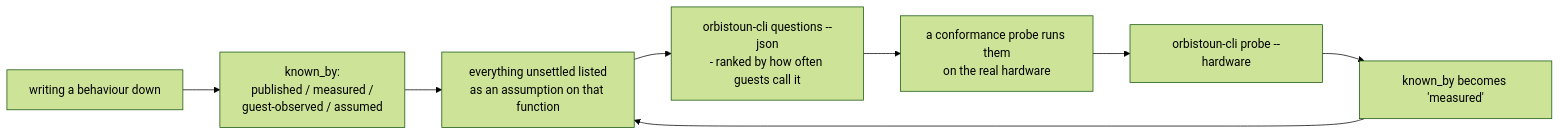
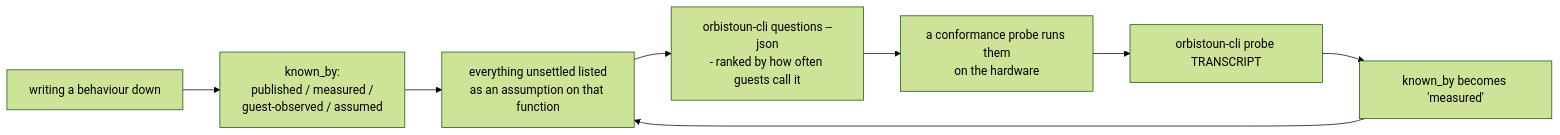
The third of 3 diagrams in docs/THE_LOOP.md (project-oops/Orbistoun), drawn with Mermaid (forest theme) before and after one commit. The commit also changed other lines of this file and 2066 other files, not shown here.

````diff
--- a/docs/THE_LOOP.md
+++ b/docs/THE_LOOP.md
@@ -331,10 +290,10 @@
 ```mermaid
 flowchart LR
     A["writing a behaviour down"] --> B["known_by:<br/>published / measured /<br/>guest-observed / assumed"]
     B --> C["everything unsettled listed<br/>as an assumption on that function"]
     C --> D["orbistoun-cli questions --json<br/>- ranked by how often guests call it"]
-    D --> E["a conformance probe runs them<br/>on the real hardware"]
-    E --> F["orbistoun-cli probe --hardware"]
+    D --> E["a conformance probe runs them<br/>on the hardware"]
+    E --> F["orbistoun-cli probe TRANSCRIPT"]
     F --> G["known_by becomes 'measured'"]
     G --> C
 ```
````
